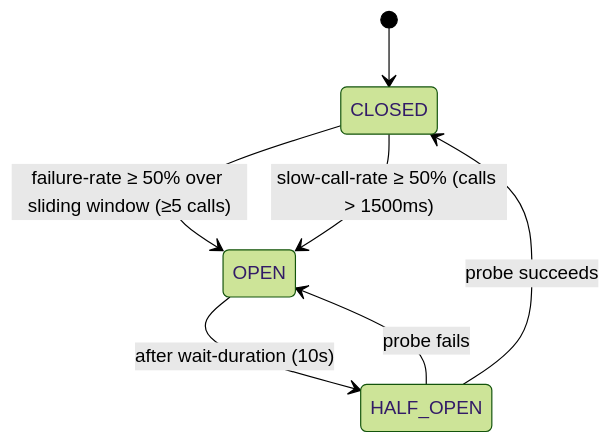
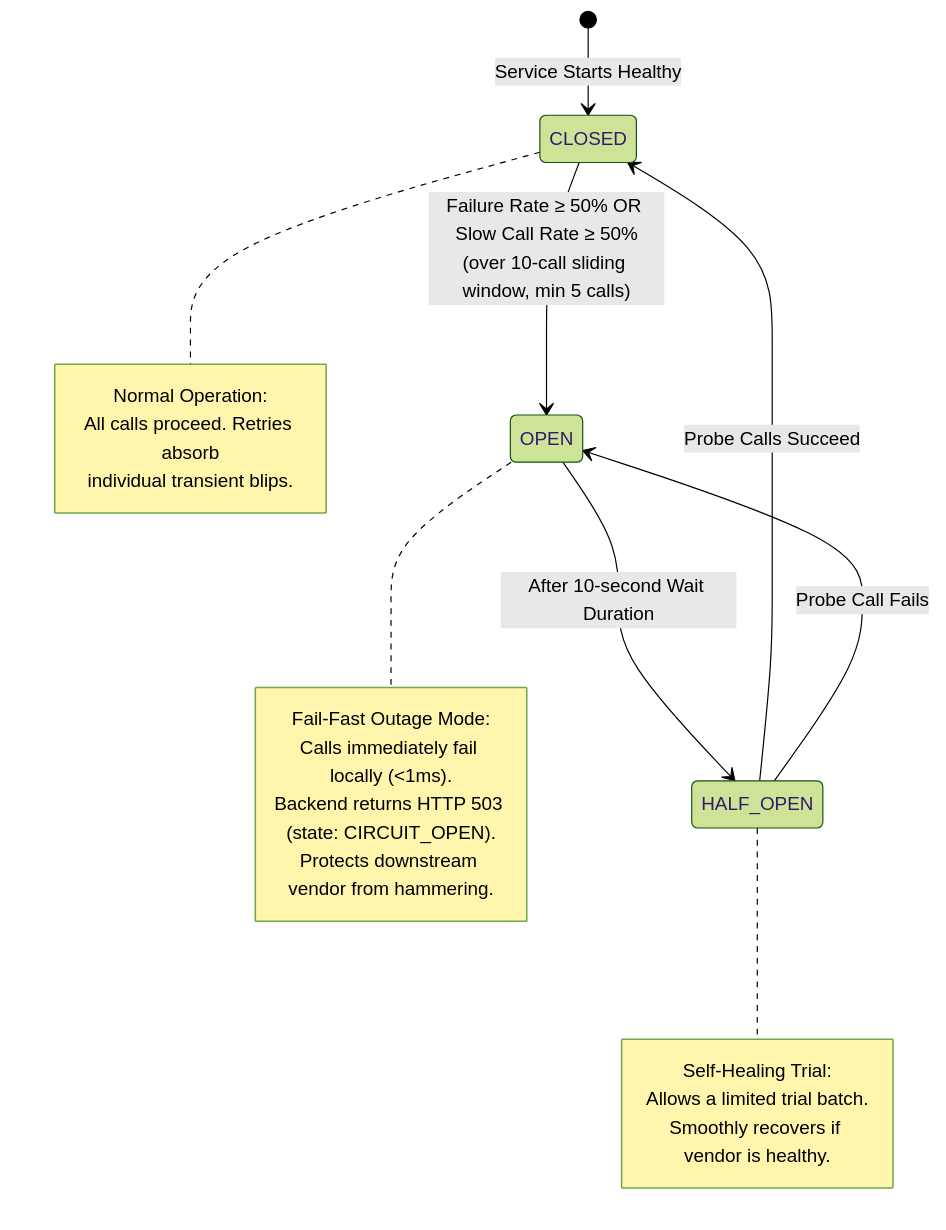
The second of 2 diagrams in ARCHITECTURE.md (thepragmatik/quote-engine-assignment), drawn with Mermaid (forest theme) before and after one commit. The commit also changed other lines of this file and 2 other files, not shown here.

Commit message:
docs: enhance README, User Guide, and Architecture with clear, plain-language explanations

````diff
--- a/ARCHITECTURE.md
+++ b/ARCHITECTURE.md
@@ -35,9 +101,27 @@
 ```mermaid
 stateDiagram-v2
-    [*] --> CLOSED
-    CLOSED --> OPEN : failure-rate ≥ 50% over sliding window (≥5 calls)
-    CLOSED --> OPEN : slow-call-rate ≥ 50% (calls > 1500ms)
-    OPEN --> HALF_OPEN : after wait-duration (10s)
-    HALF_OPEN --> CLOSED : probe succeeds
-    HALF_OPEN --> OPEN : probe fails
+    [*] --> CLOSED : Service Starts Healthy
+    
+    CLOSED --> OPEN : Failure Rate ≥ 50% OR Slow Call Rate ≥ 50%<br/>(over 10-call sliding window, min 5 calls)
+    note right of CLOSED
+      Normal Operation:
+      All calls proceed. Retries absorb
+      individual transient blips.
+    end note
+
+    OPEN --> HALF_OPEN : After 10-second Wait Duration
+    note right of OPEN
+      Fail-Fast Outage Mode:
+      Calls immediately fail locally (<1ms).
+      Backend returns HTTP 503 (state: CIRCUIT_OPEN).
+      Protects downstream vendor from hammering.
+    end note
+
+    HALF_OPEN --> CLOSED : Probe Calls Succeed
+    HALF_OPEN --> OPEN : Probe Call Fails
+    note right of HALF_OPEN
+      Self-Healing Trial:
+      Allows a limited trial batch.
+      Smoothly recovers if vendor is healthy.
+    end note
 ```
````
